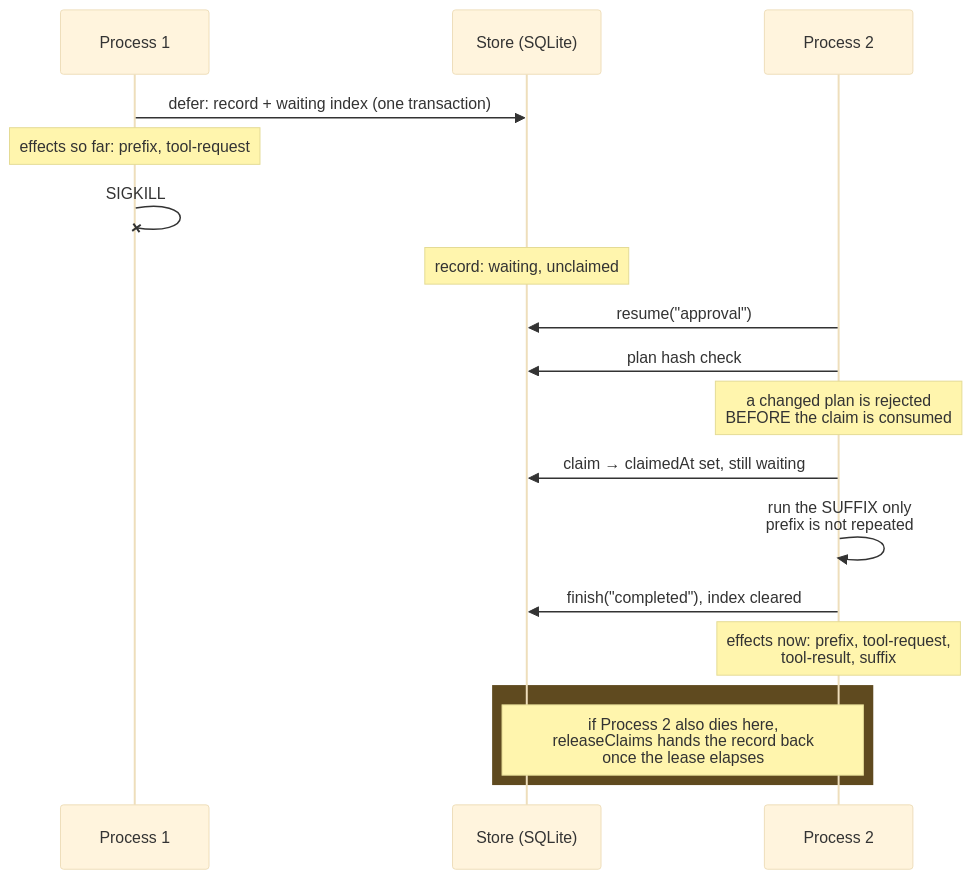
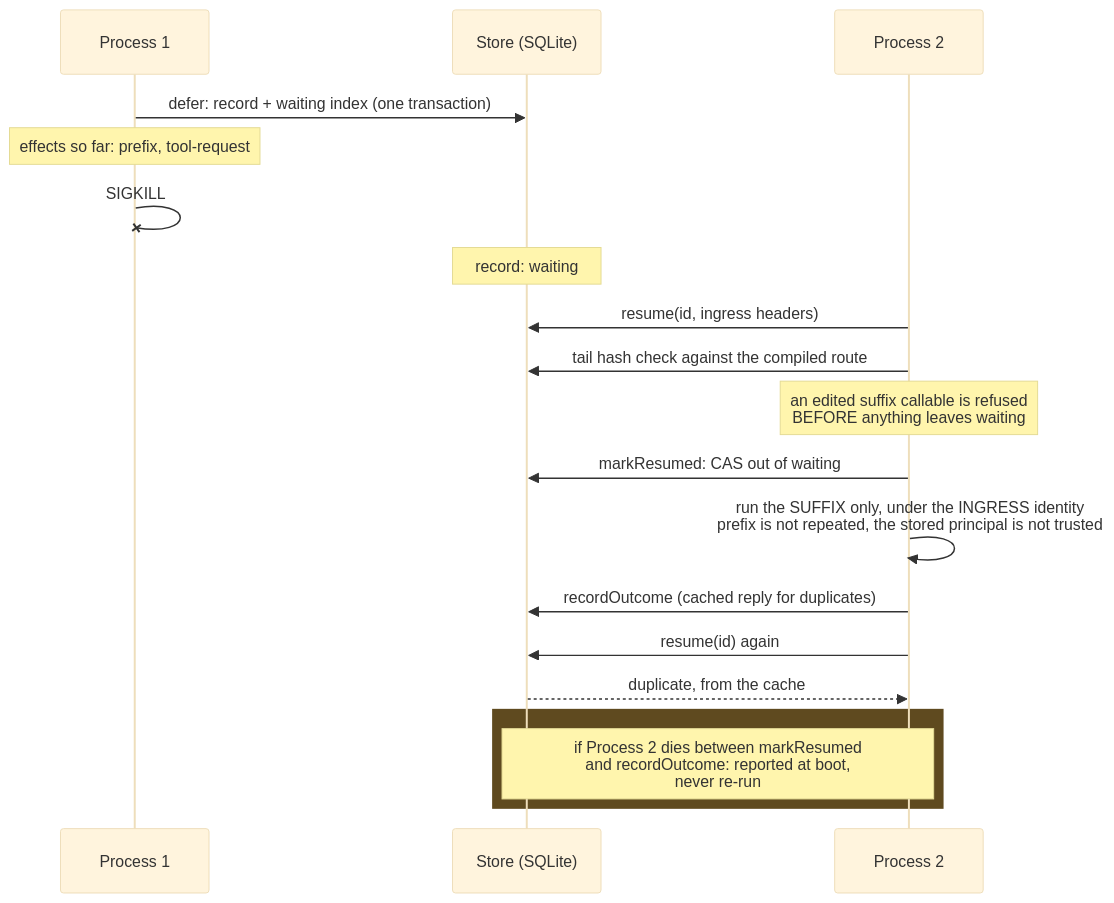
One commit to routecraftjs/routecraft changed the sixth of 6 diagrams in spikes/plugin-architecture/DIAGRAMS-MECHANISM.md. Above: the diagram before and after it, drawn with Mermaid (base theme). The commit also changed other lines of this file and 5 other files, not shown here.

````diff
--- a/spikes/plugin-architecture/DIAGRAMS-MECHANISM.md
+++ b/spikes/plugin-architecture/DIAGRAMS-MECHANISM.md
@@ -246,22 +251,23 @@
 ```mermaid
 sequenceDiagram
     participant P1 as Process 1
     participant S as Store (SQLite)
     participant P2 as Process 2
 
     P1->>S: defer: record + waiting index (one transaction)
     Note over P1: effects so far: prefix, tool-request
     P1-xP1: SIGKILL
-    Note over S: record: waiting, unclaimed
-    P2->>S: resume("approval")
-    P2->>S: plan hash check
-    Note over P2: a changed plan is rejected<br/>BEFORE the claim is consumed
-    P2->>S: claim → claimedAt set, still waiting
-    P2->>P2: run the SUFFIX only<br/>prefix is not repeated
-    P2->>S: finish("completed"), index cleared
-    Note over P2: effects now: prefix, tool-request,<br/>tool-result, suffix
+    Note over S: record: waiting
+    P2->>S: resume(id, ingress headers)
+    P2->>S: tail hash check against the compiled route
+    Note over P2: an edited suffix callable is refused<br/>BEFORE anything leaves waiting
+    P2->>S: markResumed: CAS out of waiting
+    P2->>P2: run the SUFFIX only, under the INGRESS identity<br/>prefix is not repeated, the stored principal is not trusted
+    P2->>S: recordOutcome (cached reply for duplicates)
+    P2->>S: resume(id) again
+    S-->>P2: duplicate, from the cache
 
     rect rgb(95, 74, 31)
-        Note over P2,S: if Process 2 also dies here,<br/>releaseClaims hands the record back<br/>once the lease elapses
+        Note over P2,S: if Process 2 dies between markResumed<br/>and recordOutcome: reported at boot,<br/>never re-run
     end
 ```
````
